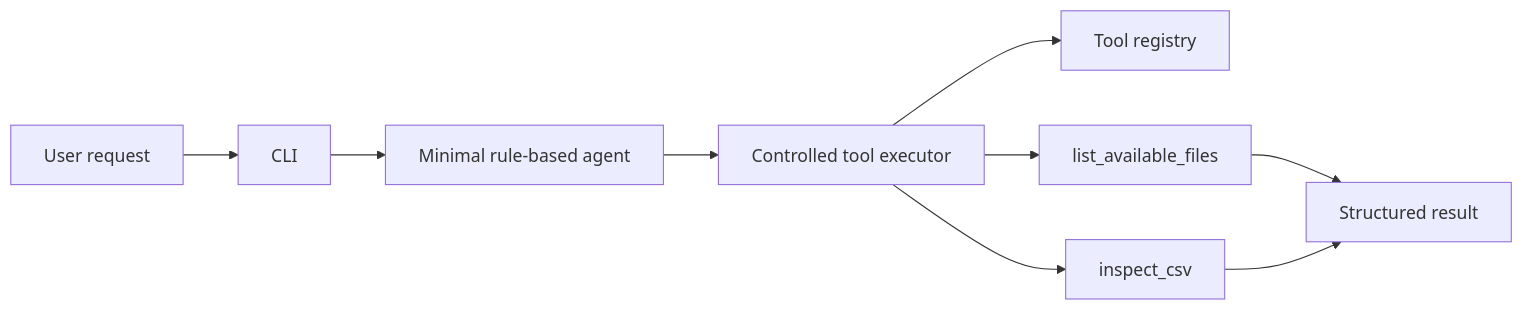
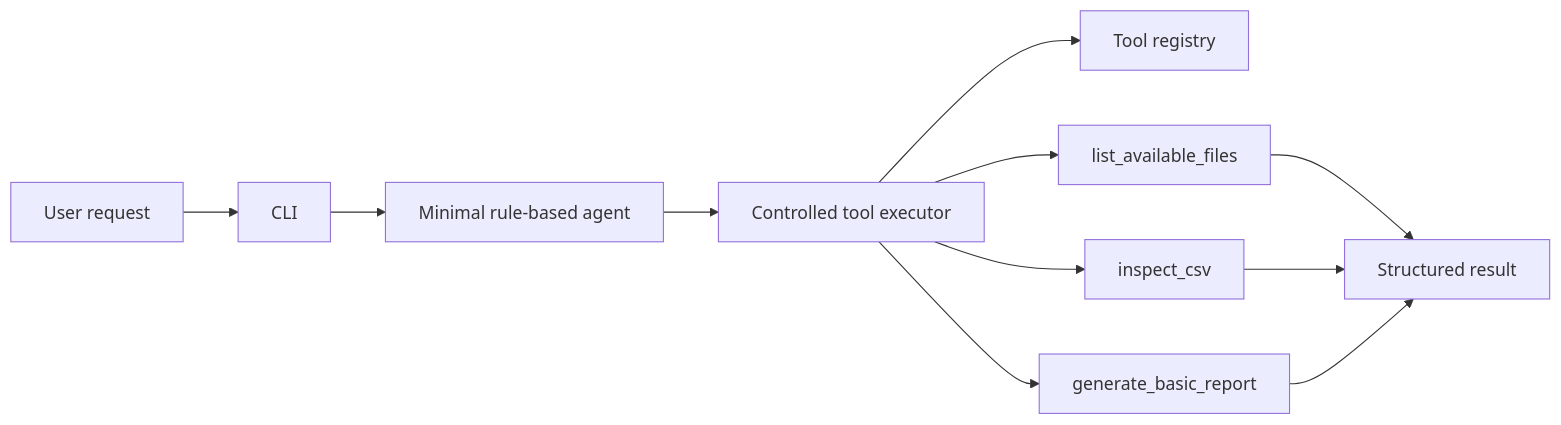
The diagram in docs/phase-1-minimal-agent.md (RaresVelnic/internal-ai-process-assistant), drawn with Mermaid before and after one commit. The commit also changed other lines of this file and 1 other file, not shown here.

Commit message:
Document basic report generation workflow

````diff
--- a/docs/phase-1-minimal-agent.md
+++ b/docs/phase-1-minimal-agent.md
@@ -42,11 +45,13 @@
 ```mermaid
 flowchart LR
     user["User request"] --> cli["CLI"]
     cli --> agent["Minimal rule-based agent"]
     agent --> executor["Controlled tool executor"]
     executor --> registry["Tool registry"]
     executor --> file_tool["list_available_files"]
     executor --> csv_tool["inspect_csv"]
+    executor --> report_tool["generate_basic_report"]
     file_tool --> result["Structured result"]
     csv_tool --> result
+    report_tool --> result
 ```
````
